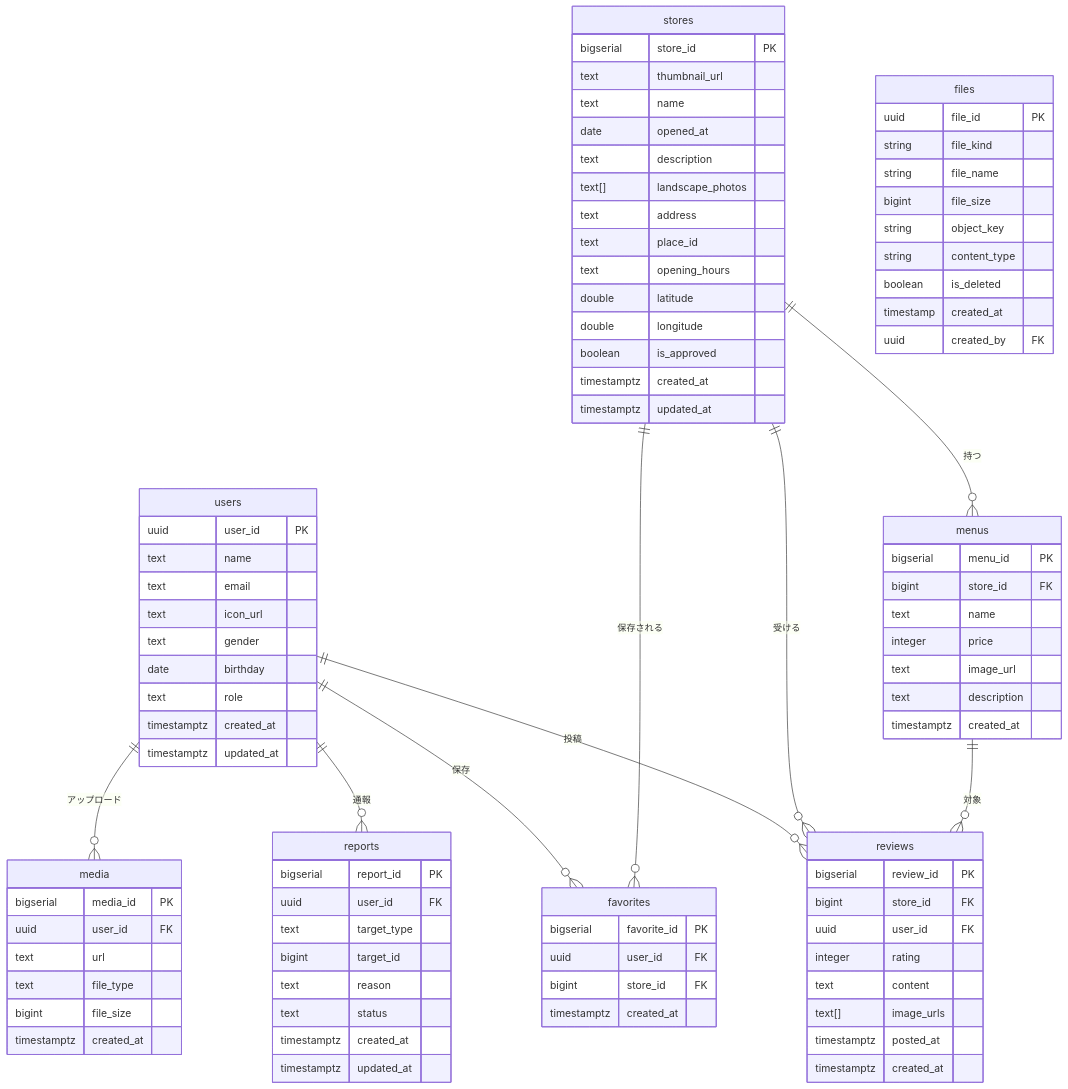
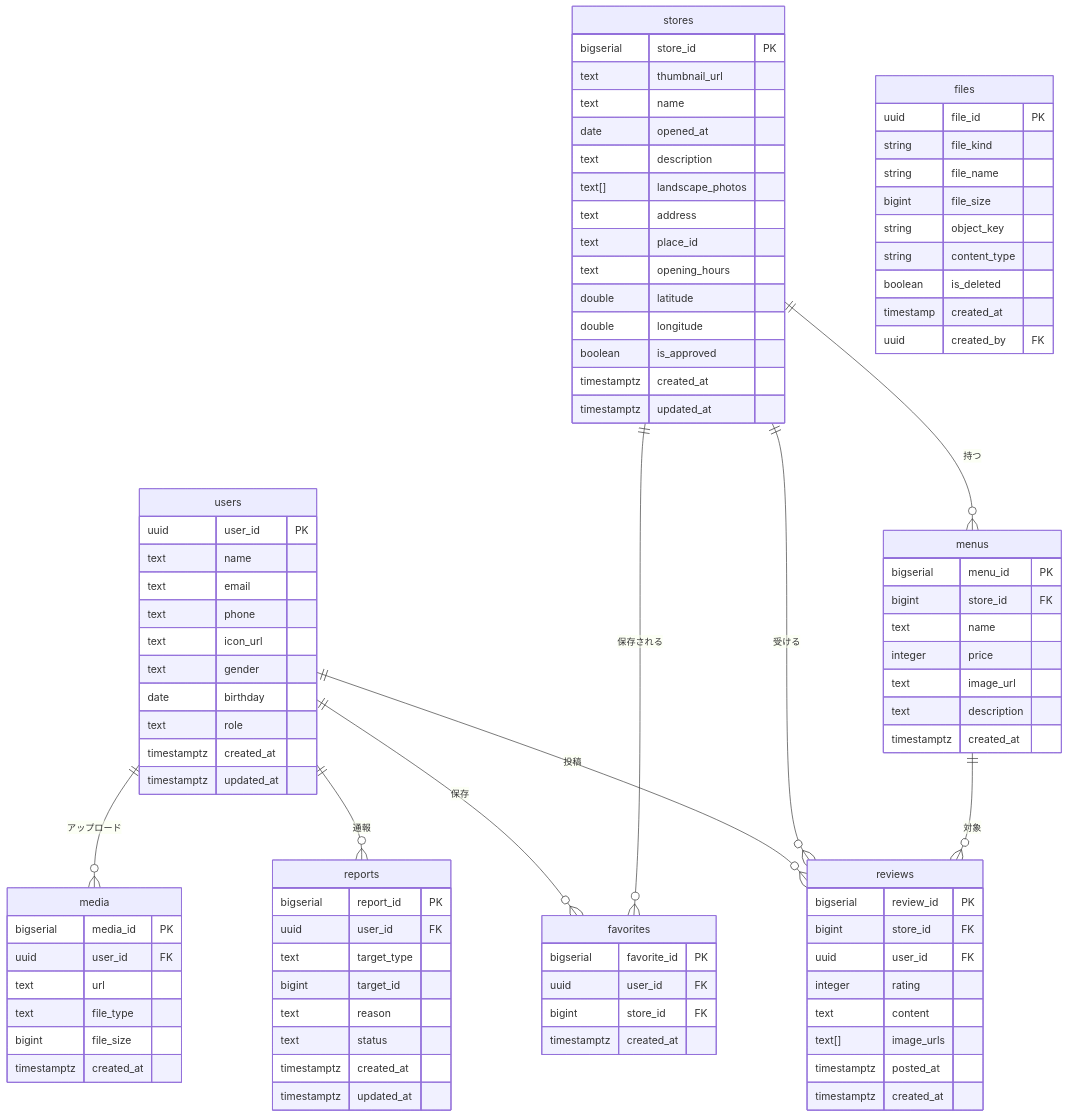
Before and after one commit to TeamH04/team-production: the diagram in docs/specs/database.md, drawn with Mermaid. The commit also changed other lines of this file and 33 other files, not shown here.

```diff
--- a/docs/specs/database.md
+++ b/docs/specs/database.md
@@ -119,6 +120,7 @@
         uuid user_id PK
         text name
         text email
+        text phone
         text icon_url
         text gender
         date birthday
```
